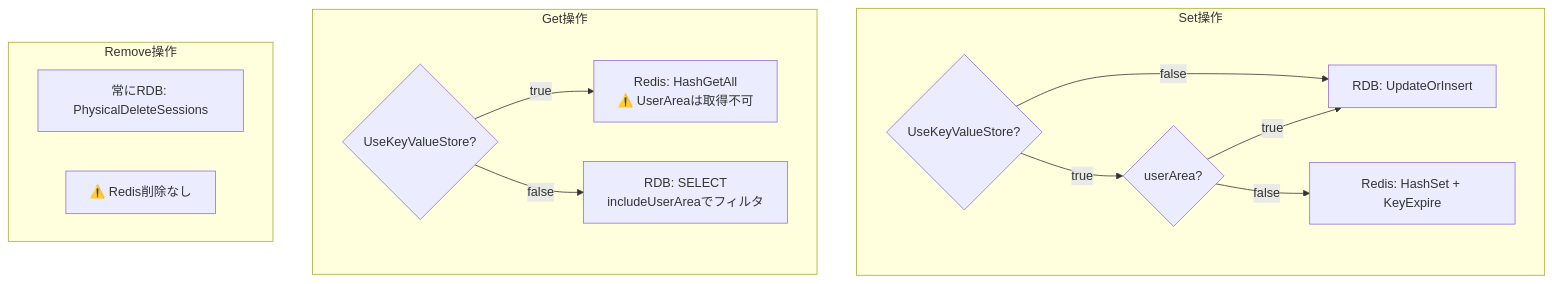
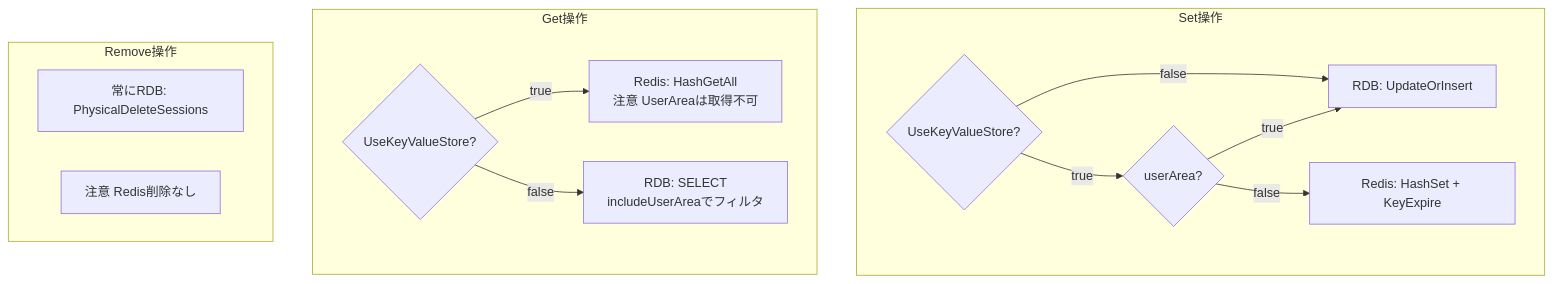
One commit to vehiclevisionjp/VehicleVision.Pleasanter.ResearchDocuments changed the third of 9 diagrams in docs/research/02-セッション/002-セッション管理.md. Above: the diagram before and after it, drawn with Mermaid. The commit also changed other lines of this file and 15 other files, not shown here.

````diff
--- a/docs/research/02-セッション/002-セッション管理.md
+++ b/docs/research/02-セッション/002-セッション管理.md
@@ -349,21 +349,21 @@
 ```mermaid
 flowchart TD
     subgraph "Set操作"
         S1{UseKeyValueStore?}
         S1 -->|true| S2{userArea?}
         S2 -->|true| S3[RDB: UpdateOrInsert]
         S2 -->|false| S4[Redis: HashSet + KeyExpire]
         S1 -->|false| S3
     end
 
     subgraph "Get操作"
         G1{UseKeyValueStore?}
-        G1 -->|true| G2[Redis: HashGetAll<br/>⚠️ UserAreaは取得不可]
+        G1 -->|true| G2[Redis: HashGetAll<br/>注意 UserAreaは取得不可]
         G1 -->|false| G3[RDB: SELECT<br/>includeUserAreaでフィルタ]
     end
 
     subgraph "Remove操作"
         R1[常にRDB: PhysicalDeleteSessions]
-        R2[⚠️ Redis削除なし]
+        R2[注意 Redis削除なし]
     end
 ```
````
